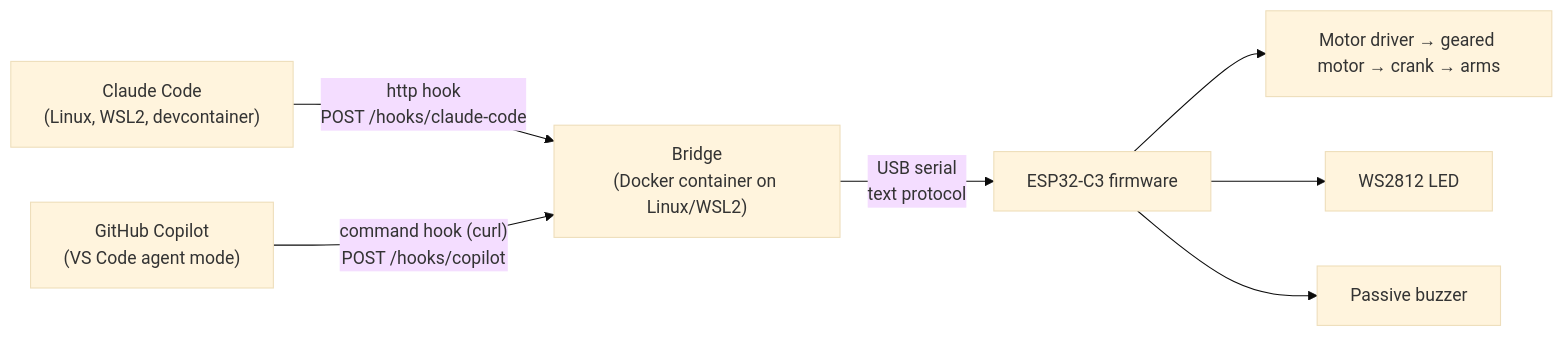
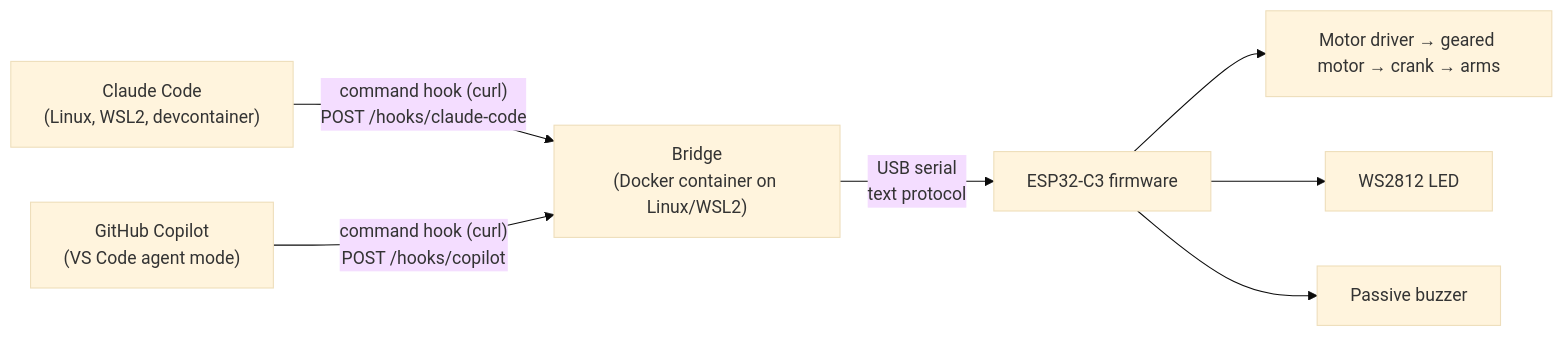
Before and after one commit to gravity981/agent-cody: the diagram in spec/architecture.md, drawn with Mermaid (base theme). The commit also changed other lines of this file and 18 other files, not shown here.

````diff
--- a/spec/architecture.md
+++ b/spec/architecture.md
@@ -9,9 +9,9 @@
 ```mermaid
 flowchart LR
-    CC["Claude Code<br/>(Linux, WSL2, devcontainer)"] -->|"http hook<br/>POST /hooks/claude-code"| BR
+    CC["Claude Code<br/>(Linux, WSL2, devcontainer)"] -->|"command hook (curl)<br/>POST /hooks/claude-code"| BR
     CP["GitHub Copilot<br/>(VS Code agent mode)"] -->|"command hook (curl)<br/>POST /hooks/copilot"| BR
     BR["Bridge<br/>(Docker container on Linux/WSL2)"] -->|"USB serial<br/>text protocol"| FW
     FW["ESP32-C3 firmware"] --> MD["Motor driver → geared motor → crank → arms"]
     FW --> LED["WS2812 LED"]
     FW --> BZ["Passive buzzer"]
 ```
````
